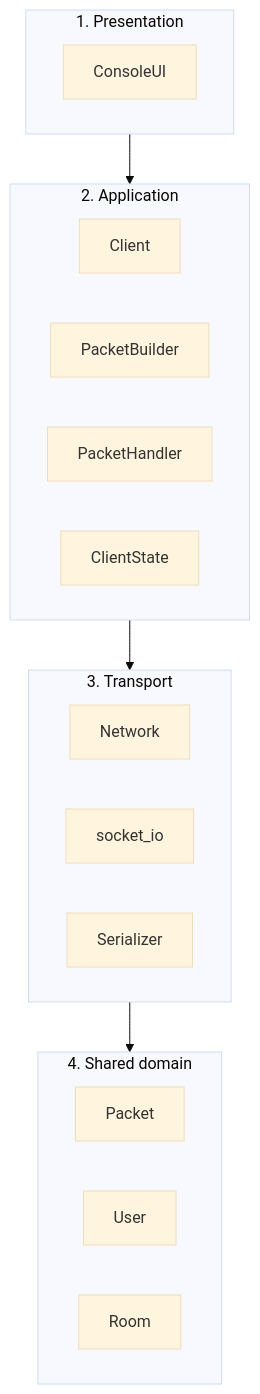
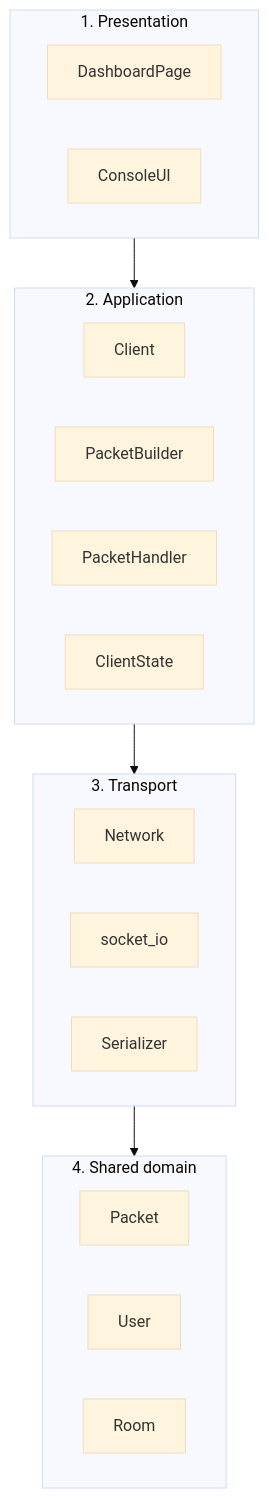
The second of 5 diagrams in architecture.md (OmriSpitzer/Distributed-Chat-Server), drawn with Mermaid (base theme) before and after one commit. The commit also changed other lines of this file and 22 other files, not shown here.

````diff
--- a/architecture.md
+++ b/architecture.md
@@ -65,32 +76,34 @@
 ```mermaid
 flowchart TB
   subgraph C_L1["1. Presentation"]
+    direction LR
+    DashboardPage
     ConsoleUI
   end
 
   subgraph C_L2["2. Application"]
     direction LR
     Client
     PacketBuilder
     PacketHandler
     ClientState
   end
 
   subgraph C_L3["3. Transport"]
     direction LR
     Network
     socket_io
     Serializer
   end
 
   subgraph C_L4["4. Shared domain"]
     direction LR
     Packet
     User
     Room
   end
 
   C_L1 --> C_L2
   C_L2 --> C_L3
   C_L3 --> C_L4
 ```
````
